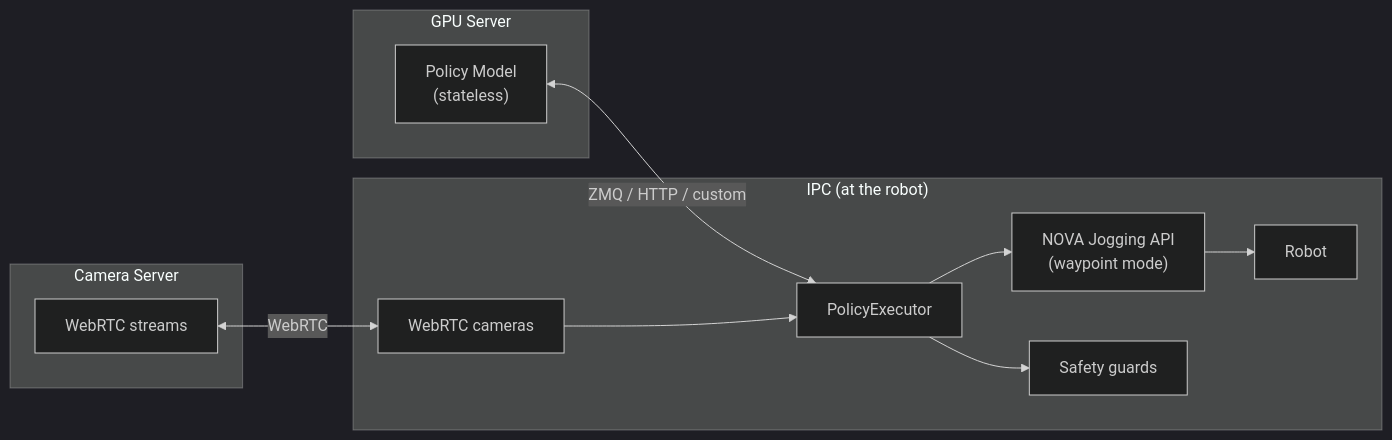
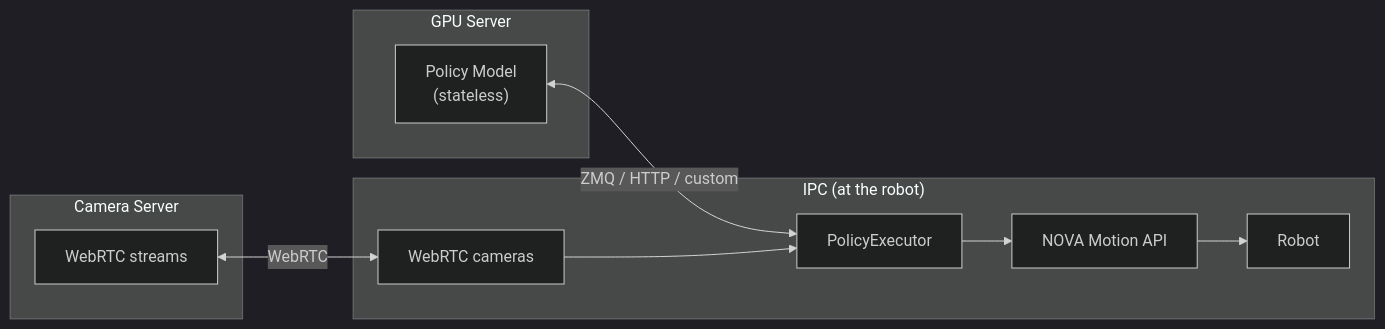
The diagram in policy/README.md (wandelbotsgmbh/wandelbots-nova), drawn with Mermaid (dark theme) before and after one commit. The commit also changed other lines of this file and 9 other files, not shown here.

First line of the commit message:
refactor(policy): rename safety guards to stop conditions

````diff
--- a/policy/README.md
+++ b/policy/README.md
@@ -13,24 +11,22 @@
 ```mermaid
 flowchart LR
     subgraph GPU["GPU Server"]
         Policy["Policy Model\n(stateless)"]
     end
 
     subgraph IPC["IPC (at the robot)"]
         Executor["PolicyExecutor"]
-        Jogging["NOVA Jogging API\n(waypoint mode)"]
-        Safety["Safety guards"]
+        Motion["NOVA Motion API"]
         Cameras["WebRTC cameras"]
         Robot["Robot"]
     end
 
     subgraph CamServer["Camera Server"]
         WebRTC["WebRTC streams"]
     end
 
     Policy <-->|"ZMQ / HTTP / custom"| Executor
     WebRTC <-->|"WebRTC"| Cameras
-    Executor --> Jogging --> Robot
-    Executor --> Safety
+    Executor --> Motion --> Robot
     Cameras --> Executor
 ```
````
